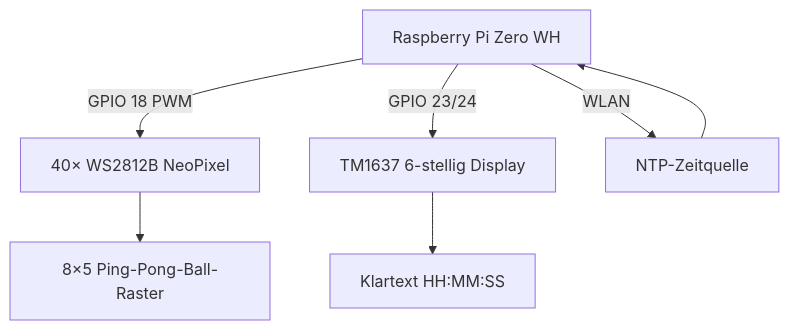
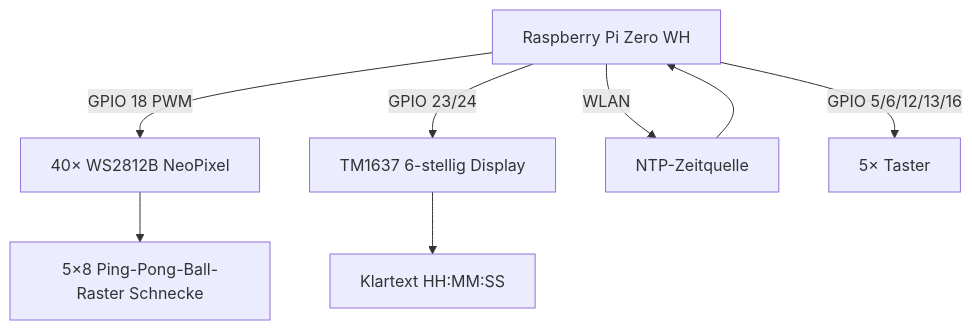
Before and after one commit to Paul-3400/fibonacci-ping-pong-clock: the first of 2 diagrams in docs/Fibonacci_PingPong_Uhr_Bauanleitung.md, drawn with Mermaid. The commit also changed other lines of this file, not shown here.

Commit message:
docs: Bauanleitung auf 5x8-Schnecken-Layout + 5 Taster umgestellt

````diff
--- a/docs/Fibonacci_PingPong_Uhr_Bauanleitung.md
+++ b/docs/Fibonacci_PingPong_Uhr_Bauanleitung.md
@@ -79,9 +97,10 @@
 ```mermaid
 graph TD
     A[Raspberry Pi Zero WH] -->|GPIO 18 PWM| B[40× WS2812B NeoPixel]
     A -->|GPIO 23/24| C[TM1637 6-stellig Display]
     A -->|WLAN| D[NTP-Zeitquelle]
     D --> A
-    B --> E[8×5 Ping-Pong-Ball-Raster]
+    A -->|GPIO 5/6/12/13/16| G[5× Taster]
+    B --> E[5×8 Ping-Pong-Ball-Raster Schnecke]
     C --> F[Klartext HH:MM:SS]
 ```
````
